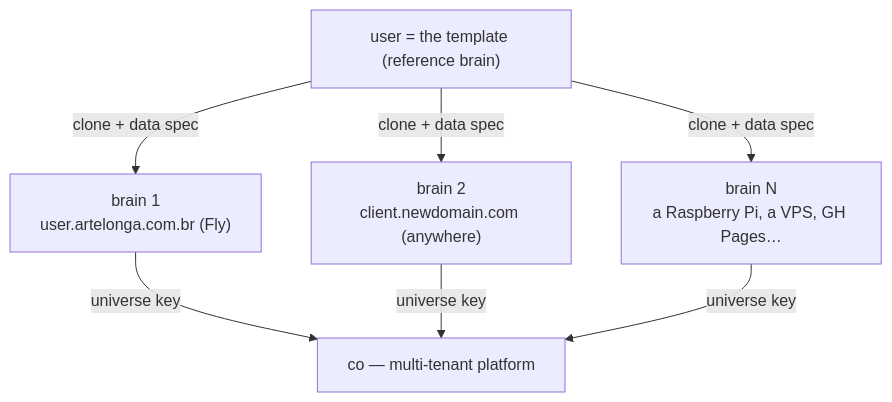
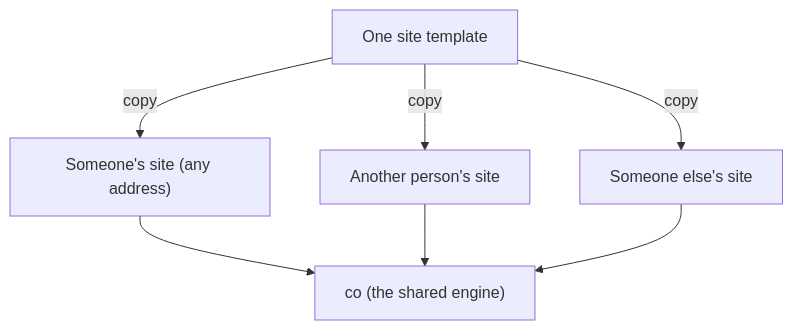
Before and after one commit to artelonga/ArteLonga: the second of 6 diagrams in docs/intelligence-as-a-service.en.md, drawn with Mermaid. The commit also changed other lines of this file and 43 other files, not shown here.

First line of the commit message:
feat(docs): diagramas simples e legíveis (sem jargão) em todas as docs (#89)

````diff
--- a/docs/intelligence-as-a-service.en.md
+++ b/docs/intelligence-as-a-service.en.md
@@ -93,10 +79,10 @@
 ```mermaid
 flowchart TB
-  TPL["user = the template (reference brain)"]
-  TPL -->|"clone + data spec"| B1["brain 1<br/>user.artelonga.com.br (Fly)"]
-  TPL -->|"clone + data spec"| B2["brain 2<br/>client.newdomain.com (anywhere)"]
-  TPL -->|"clone + data spec"| B3["brain N<br/>a Raspberry Pi, a VPS, GH Pages…"]
-  B1 -->|"universe key"| CO["co — multi-tenant platform"]
-  B2 -->|"universe key"| CO
-  B3 -->|"universe key"| CO
+  TPL["One site template"]
+  TPL -->|"copy"| B1["Someone's site (any address)"]
+  TPL -->|"copy"| B2["Another person's site"]
+  TPL -->|"copy"| B3["Someone else's site"]
+  B1 --> CO["co (the shared engine)"]
+  B2 --> CO
+  B3 --> CO
 ```
````
